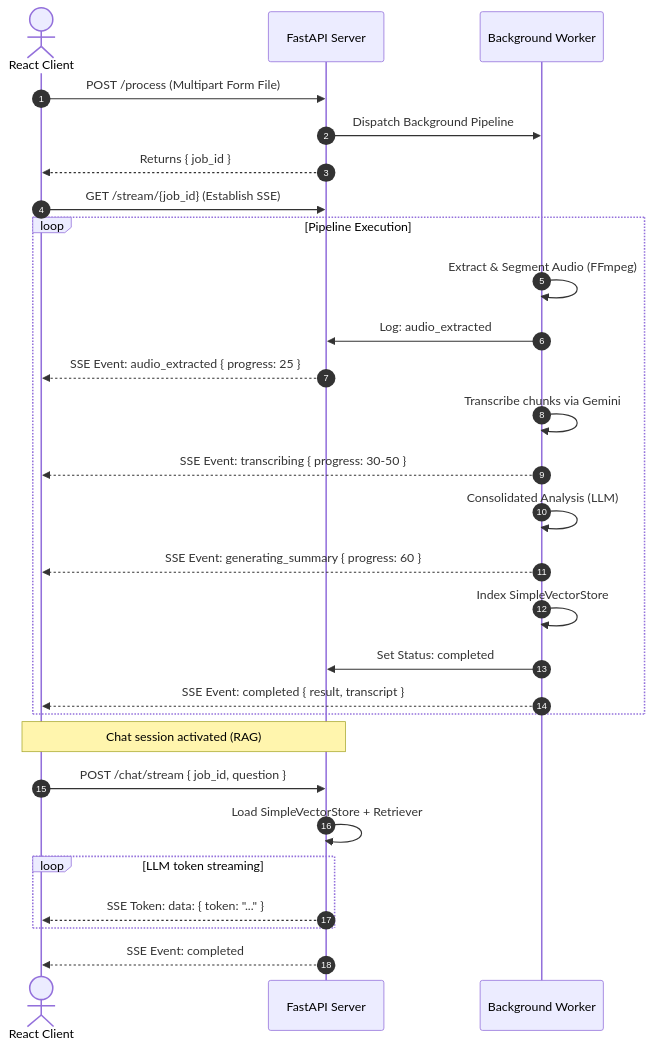
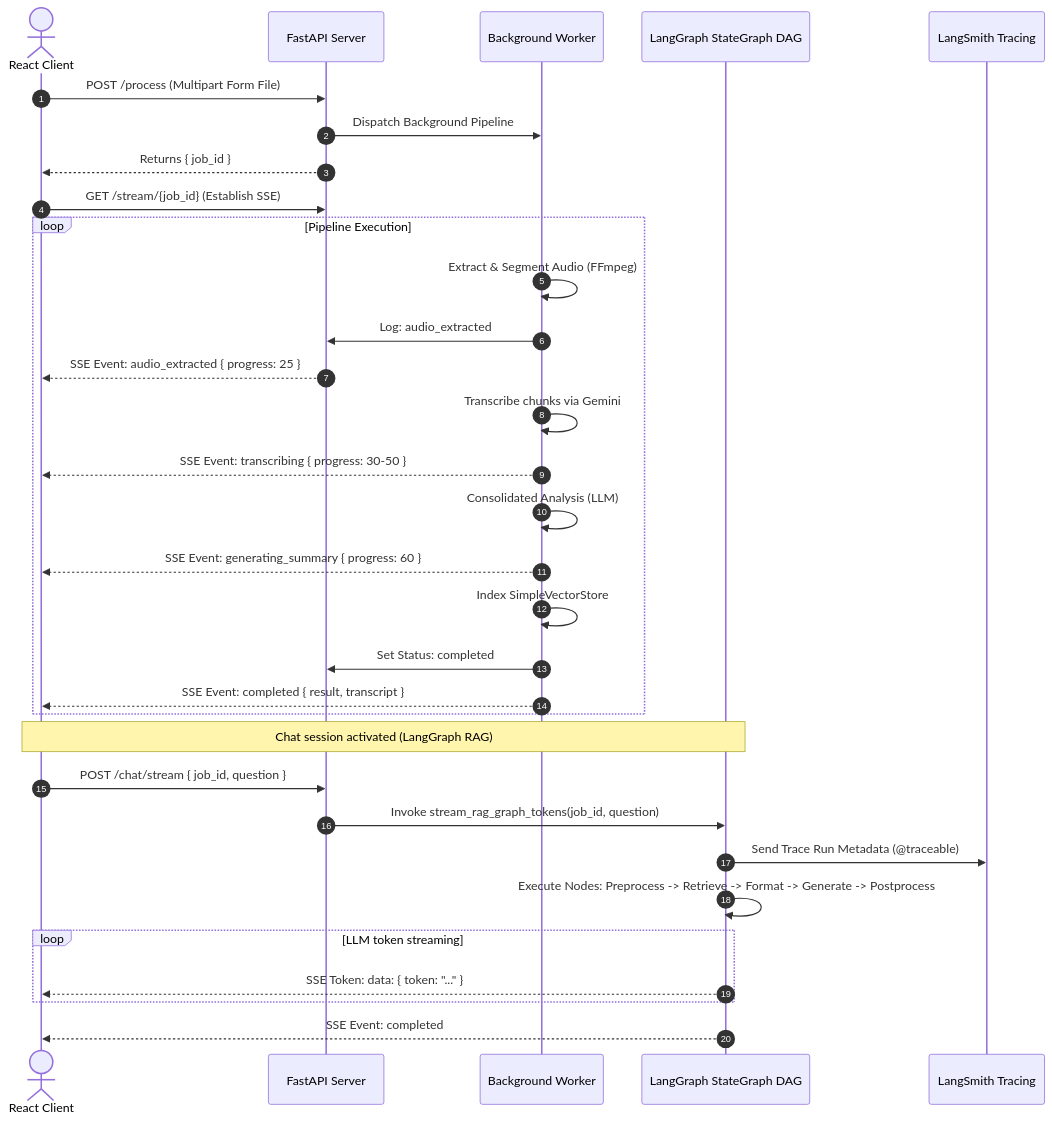
Before and after one commit to piyuskumar-dev/MeetMind-AI: the second of 2 diagrams in README.md, drawn with Mermaid. The commit also changed other lines of this file and 17 other files, not shown here.

````diff
--- a/README.md
+++ b/README.md
@@ -76,34 +86,38 @@
 ```mermaid
 sequenceDiagram
     autonumber
     actor Client as React Client
     participant API as FastAPI Server
     participant Worker as Background Worker
+    participant LG as LangGraph StateGraph DAG
+    participant LS as LangSmith Tracing
     
     Client->>API: POST /process (Multipart Form File)
     API->>Worker: Dispatch Background Pipeline
     API-->>Client: Returns { job_id }
     
     Client->>API: GET /stream/{job_id} (Establish SSE)
     
     loop Pipeline Execution
         Worker->>Worker: Extract & Segment Audio (FFmpeg)
         Worker->>API: Log: audio_extracted
         API-->>Client: SSE Event: audio_extracted { progress: 25 }
         Worker->>Worker: Transcribe chunks via Gemini
         Worker-->>Client: SSE Event: transcribing { progress: 30-50 }
         Worker->>Worker: Consolidated Analysis (LLM)
         Worker-->>Client: SSE Event: generating_summary { progress: 60 }
         Worker->>Worker: Index SimpleVectorStore
         Worker->>API: Set Status: completed
         Worker-->>Client: SSE Event: completed { result, transcript }
     end
     
-    Note over Client, API: Chat session activated (RAG)
+    Note over Client, LG: Chat session activated (LangGraph RAG)
     Client->>API: POST /chat/stream { job_id, question }
-    API->>API: Load SimpleVectorStore + Retriever
+    API->>LG: Invoke stream_rag_graph_tokens(job_id, question)
+    LG->>LS: Send Trace Run Metadata (@traceable)
+    LG->>LG: Execute Nodes: Preprocess -> Retrieve -> Format -> Generate -> Postprocess
     loop LLM token streaming
-        API-->>Client: SSE Token: data: { token: "..." }
+        LG-->>Client: SSE Token: data: { token: "..." }
     end
-    API-->>Client: SSE Event: completed
+    LG-->>Client: SSE Event: completed
 ```
````
